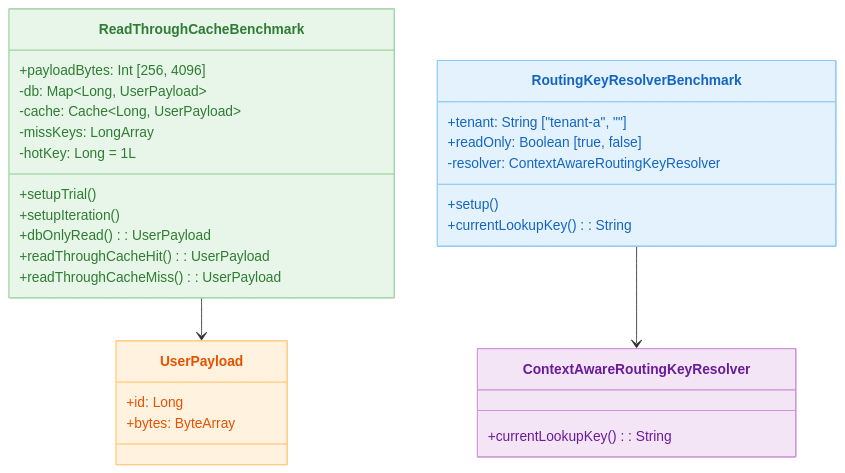
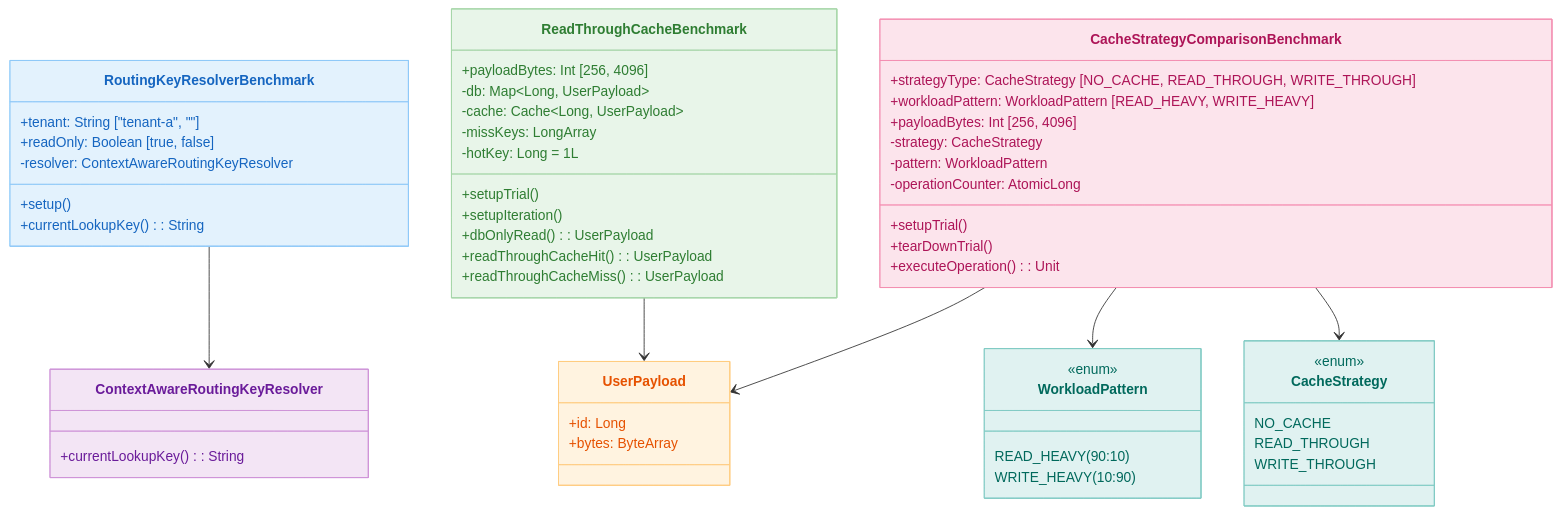
The third of 4 diagrams in 11-high-performance/04-benchmark/README.ko.md (bluetape4k/exposed-workshop), drawn with Mermaid before and after one commit. The commit also changed other lines of this file and 10 other files, not shown here.

````diff
--- a/11-high-performance/04-benchmark/README.ko.md
+++ b/11-high-performance/04-benchmark/README.ko.md
@@ -129,41 +130,72 @@
 ```mermaid
 %%{init: {"theme": "neutral", "themeVariables": {"fontFamily": "'Comic Mono', 'goorm sans code', 'JetBrains Mono', 'goorm sans'"}}}%%
 classDiagram
     class ReadThroughCacheBenchmark {
         +payloadBytes: Int [256, 4096]
         -db: Map~Long, UserPayload~
         -cache: Cache~Long, UserPayload~
         -missKeys: LongArray
         -hotKey: Long = 1L
         +setupTrial()
         +setupIteration()
         +dbOnlyRead(): UserPayload
         +readThroughCacheHit(): UserPayload
         +readThroughCacheMiss(): UserPayload
     }
 
     class RoutingKeyResolverBenchmark {
         +tenant: String ["tenant-a", ""]
         +readOnly: Boolean [true, false]
         -resolver: ContextAwareRoutingKeyResolver
         +setup()
         +currentLookupKey(): String
     }
 
     class UserPayload {
         +id: Long
         +bytes: ByteArray
     }
 
     class ContextAwareRoutingKeyResolver {
         +currentLookupKey(): String
     }
 
+    class CacheStrategyComparisonBenchmark {
+        +strategyType: CacheStrategy [NO_CACHE, READ_THROUGH, WRITE_THROUGH]
+        +workloadPattern: WorkloadPattern [READ_HEAVY, WRITE_HEAVY]
+        +payloadBytes: Int [256, 4096]
+        -strategy: CacheStrategy
+        -pattern: WorkloadPattern
+        -operationCounter: AtomicLong
+        +setupTrial()
+        +tearDownTrial()
+        +executeOperation(): Unit
+    }
+
+    class CacheStrategy {
+        <<enum>>
+        NO_CACHE
+        READ_THROUGH
+        WRITE_THROUGH
+    }
+
+    class WorkloadPattern {
+        <<enum>>
+        READ_HEAVY (90:10)
+        WRITE_HEAVY (10:90)
+    }
+
     ReadThroughCacheBenchmark --> UserPayload
     RoutingKeyResolverBenchmark --> ContextAwareRoutingKeyResolver
+    CacheStrategyComparisonBenchmark --> CacheStrategy
+    CacheStrategyComparisonBenchmark --> WorkloadPattern
+    CacheStrategyComparisonBenchmark --> UserPayload
 
     style ReadThroughCacheBenchmark fill:#E8F5E9,stroke:#A5D6A7,color:#2E7D32
     style RoutingKeyResolverBenchmark fill:#E3F2FD,stroke:#90CAF9,color:#1565C0
+    style CacheStrategyComparisonBenchmark fill:#FCE4EC,stroke:#F48FB1,color:#AD1457
     style UserPayload fill:#FFF3E0,stroke:#FFCC80,color:#E65100
     style ContextAwareRoutingKeyResolver fill:#F3E5F5,stroke:#CE93D8,color:#6A1B9A
+    style CacheStrategy fill:#E0F2F1,stroke:#80CBC4,color:#00695C
+    style WorkloadPattern fill:#E0F2F1,stroke:#80CBC4,color:#00695C
 ```
````
